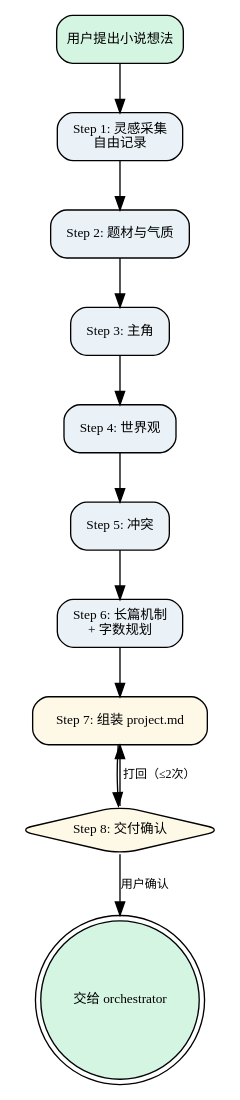
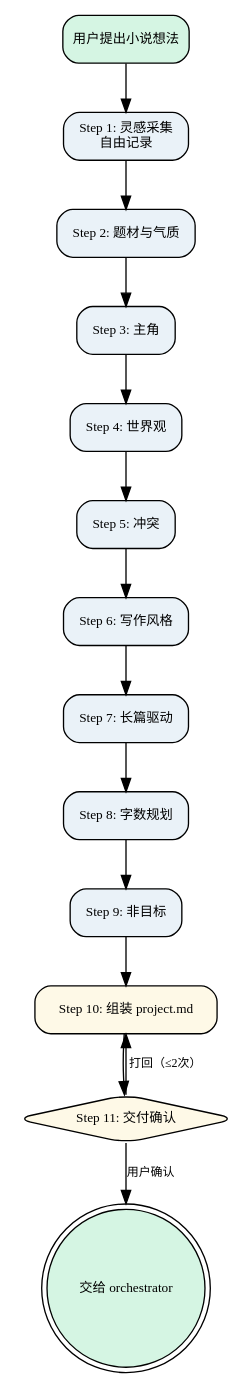
The diagram in skills/novel-brainstorm/SKILL.md (ZhangDongyang800/novel-flow-one-by-one-), drawn with Graphviz before and after one commit. The commit also changed other lines of this file and 11 other files, not shown here.

````diff
--- a/skills/novel-brainstorm/SKILL.md
+++ b/skills/novel-brainstorm/SKILL.md
@@ -42,22 +47,25 @@
 ```dot
 digraph brainstorm {
     rankdir=TB;
     node [shape=box, style="rounded,filled", fontsize=10];
     edge [fontsize=9];
 
     start [label="用户提出小说想法", fillcolor="#d5f5e3"];
     collect [label="Step 1: 灵感采集\n自由记录", fillcolor="#eaf2f8"];
     genre [label="Step 2: 题材与气质", fillcolor="#eaf2f8"];
     hero [label="Step 3: 主角", fillcolor="#eaf2f8"];
     world [label="Step 4: 世界观", fillcolor="#eaf2f8"];
     conflict [label="Step 5: 冲突", fillcolor="#eaf2f8"];
-    mechanism [label="Step 6: 长篇机制\n+ 字数规划", fillcolor="#eaf2f8"];
-    assemble [label="Step 7: 组装 project.md", fillcolor="#fef9e7"];
-    confirm [label="Step 8: 交付确认", shape=diamond, fillcolor="#fef9e7"];
+    style [label="Step 6: 写作风格", fillcolor="#eaf2f8"];
+    driver [label="Step 7: 长篇驱动", fillcolor="#eaf2f8"];
+    wordcount [label="Step 8: 字数规划", fillcolor="#eaf2f8"];
+    nongoals [label="Step 9: 非目标", fillcolor="#eaf2f8"];
+    assemble [label="Step 10: 组装 project.md", fillcolor="#fef9e7"];
+    confirm [label="Step 11: 交付确认", shape=diamond, fillcolor="#fef9e7"];
     handoff [label="交给 orchestrator", shape=doublecircle, fillcolor="#d5f5e3"];
 
-    start -> collect -> genre -> hero -> world -> conflict -> mechanism -> assemble -> confirm;
+    start -> collect -> genre -> hero -> world -> conflict -> style -> driver -> wordcount -> nongoals -> assemble -> confirm;
     confirm -> handoff [label="用户确认"];
     confirm -> assemble [label="打回（≤2次）"];
 }
 ```
````
